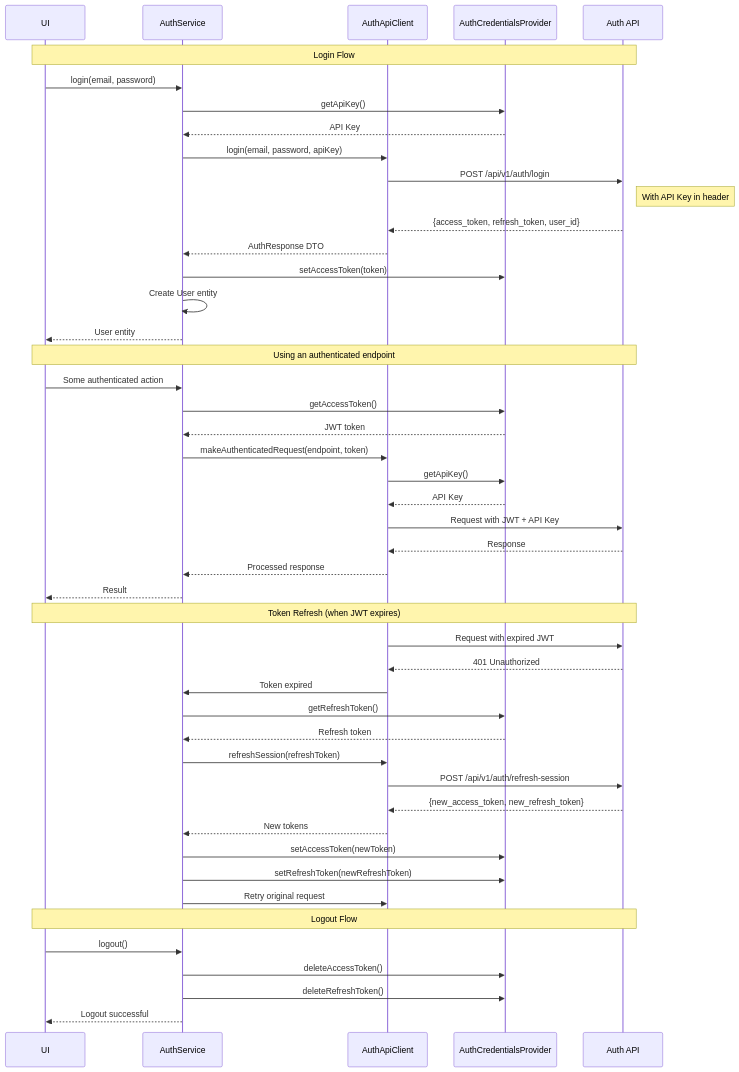
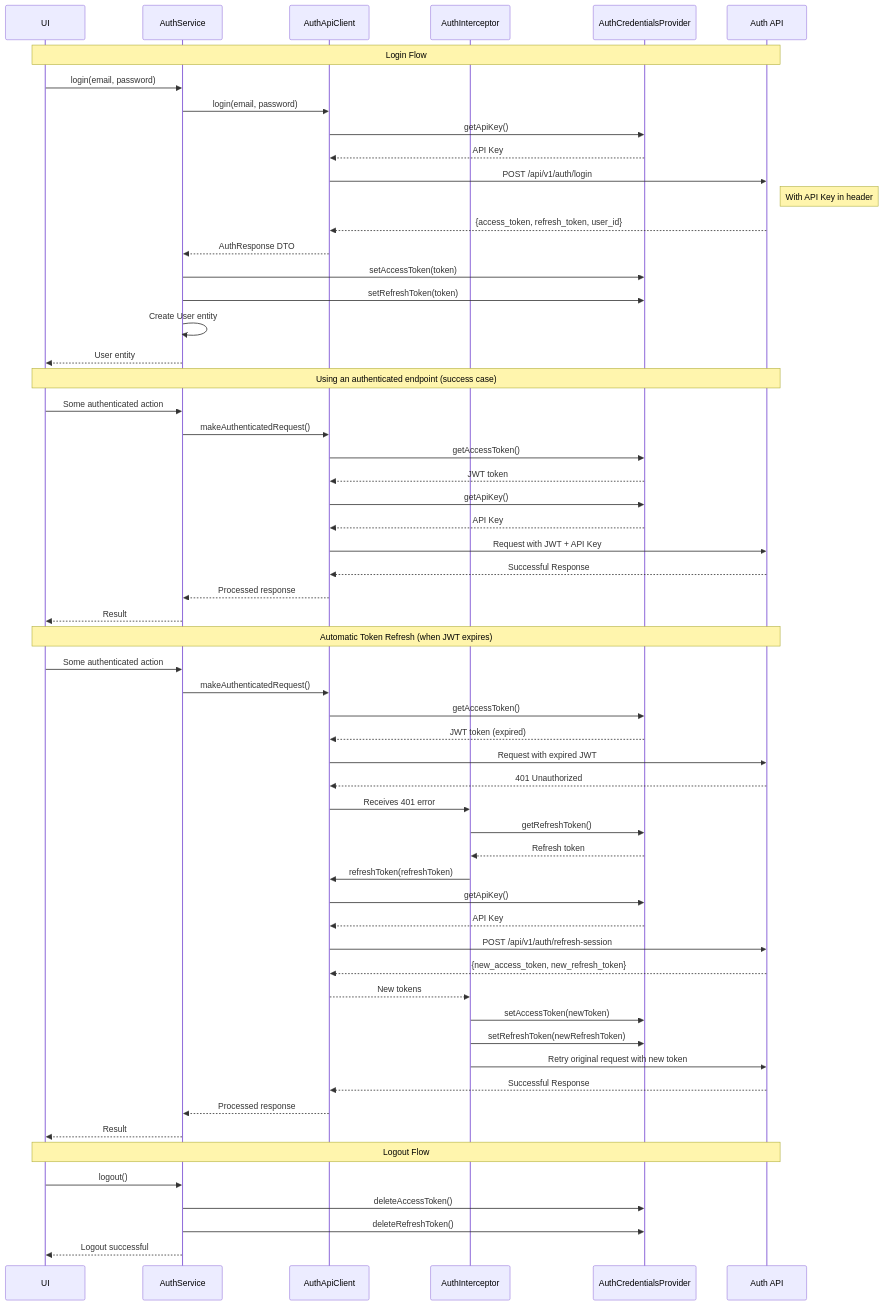
One commit to MediScribe/docjet-mobile changed the third of 3 diagrams in docs/fresh-start/architecture.md. Above: the diagram before and after it, drawn with Mermaid. The commit also changed other lines of this file and 34 other files, not shown here.

````diff
--- a/docs/fresh-start/architecture.md
+++ b/docs/fresh-start/architecture.md
@@ -95,57 +101,68 @@
 ```mermaid
 sequenceDiagram
     participant UI as UI
     participant AuthSvc as AuthService
     participant ApiClient as AuthApiClient
+    participant Interceptor as AuthInterceptor
     participant CredProvider as AuthCredentialsProvider
     participant API as Auth API
 
     %% Login Flow
     Note over UI,API: Login Flow
     UI->>AuthSvc: login(email, password)
-    AuthSvc->>CredProvider: getApiKey()
-    CredProvider-->>AuthSvc: API Key
-    AuthSvc->>ApiClient: login(email, password, apiKey)
+    AuthSvc->>ApiClient: login(email, password)
+    ApiClient->>CredProvider: getApiKey()
+    CredProvider-->>ApiClient: API Key
     ApiClient->>API: POST /api/v1/auth/login
     Note right of API: With API Key in header
     API-->>ApiClient: {access_token, refresh_token, user_id}
     ApiClient-->>AuthSvc: AuthResponse DTO
     AuthSvc->>CredProvider: setAccessToken(token)
+    AuthSvc->>CredProvider: setRefreshToken(token)
     AuthSvc->>AuthSvc: Create User entity
     AuthSvc-->>UI: User entity
     
-    %% Using an authenticated endpoint
-    Note over UI,API: Using an authenticated endpoint
+    %% Using an authenticated endpoint (success)
+    Note over UI,API: Using an authenticated endpoint (success case)
     UI->>AuthSvc: Some authenticated action
-    AuthSvc->>CredProvider: getAccessToken()
-    CredProvider-->>AuthSvc: JWT token
-    AuthSvc->>ApiClient: makeAuthenticatedRequest(endpoint, token)
+    AuthSvc->>ApiClient: makeAuthenticatedRequest()
+    ApiClient->>CredProvider: getAccessToken()
+    CredProvider-->>ApiClient: JWT token
     ApiClient->>CredProvider: getApiKey()
     CredProvider-->>ApiClient: API Key
     ApiClient->>API: Request with JWT + API Key
-    API-->>ApiClient: Response
+    API-->>ApiClient: Successful Response
     ApiClient-->>AuthSvc: Processed response
     AuthSvc-->>UI: Result
     
-    %% Token Refresh Flow
-    Note over UI,API: Token Refresh (when JWT expires)
+    %% Token Refresh Flow (automatic)
+    Note over UI,API: Automatic Token Refresh (when JWT expires)
+    UI->>AuthSvc: Some authenticated action
+    AuthSvc->>ApiClient: makeAuthenticatedRequest()
+    ApiClient->>CredProvider: getAccessToken()
+    CredProvider-->>ApiClient: JWT token (expired)
     ApiClient->>API: Request with expired JWT
     API-->>ApiClient: 401 Unauthorized
-    ApiClient->>AuthSvc: Token expired
-    AuthSvc->>CredProvider: getRefreshToken()
-    CredProvider-->>AuthSvc: Refresh token
-    AuthSvc->>ApiClient: refreshSession(refreshToken)
+    ApiClient->>Interceptor: Receives 401 error
+    Interceptor->>CredProvider: getRefreshToken()
+    CredProvider-->>Interceptor: Refresh token
+    Interceptor->>ApiClient: refreshToken(refreshToken)
+    ApiClient->>CredProvider: getApiKey()
+    CredProvider-->>ApiClient: API Key
     ApiClient->>API: POST /api/v1/auth/refresh-session
     API-->>ApiClient: {new_access_token, new_refresh_token}
-    ApiClient-->>AuthSvc: New tokens
-    AuthSvc->>CredProvider: setAccessToken(newToken)
-    AuthSvc->>CredProvider: setRefreshToken(newRefreshToken)
-    AuthSvc->>ApiClient: Retry original request
+    ApiClient-->>Interceptor: New tokens
+    Interceptor->>CredProvider: setAccessToken(newToken)
+    Interceptor->>CredProvider: setRefreshToken(newRefreshToken)
+    Interceptor->>API: Retry original request with new token
+    API-->>ApiClient: Successful Response
+    ApiClient-->>AuthSvc: Processed response
+    AuthSvc-->>UI: Result
     
     %% Logout Flow
     Note over UI,API: Logout Flow
     UI->>AuthSvc: logout()
     AuthSvc->>CredProvider: deleteAccessToken()
     AuthSvc->>CredProvider: deleteRefreshToken()
     AuthSvc-->>UI: Logout successful
 ```
````
